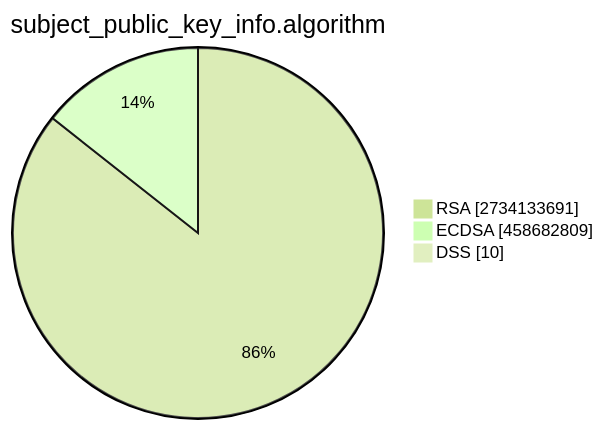
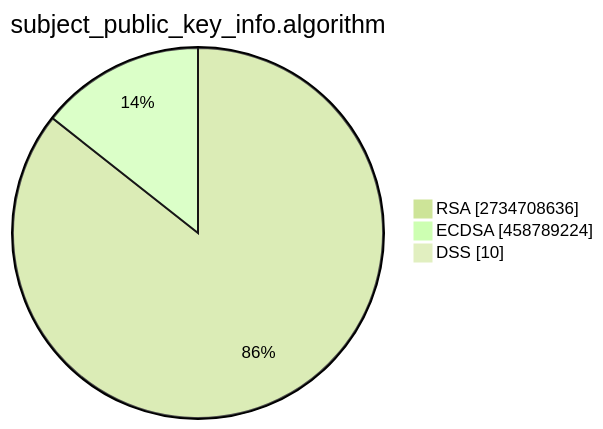
The second of 15 diagrams in TOTAL/README.md (christiankrug/ctmonitor_visualization), drawn with Mermaid (forest theme) before and after one commit. The commit also changed other lines of this file, not shown here.

````diff
--- a/TOTAL/README.md
+++ b/TOTAL/README.md
@@ -6,7 +6,7 @@
 ```mermaid
 pie showData
 title subject_public_key_info.algorithm
-"RSA" :2734133691
-"ECDSA" :458682809
+"RSA" :2734708636
+"ECDSA" :458789224
 "DSS" :10
 ```
````
